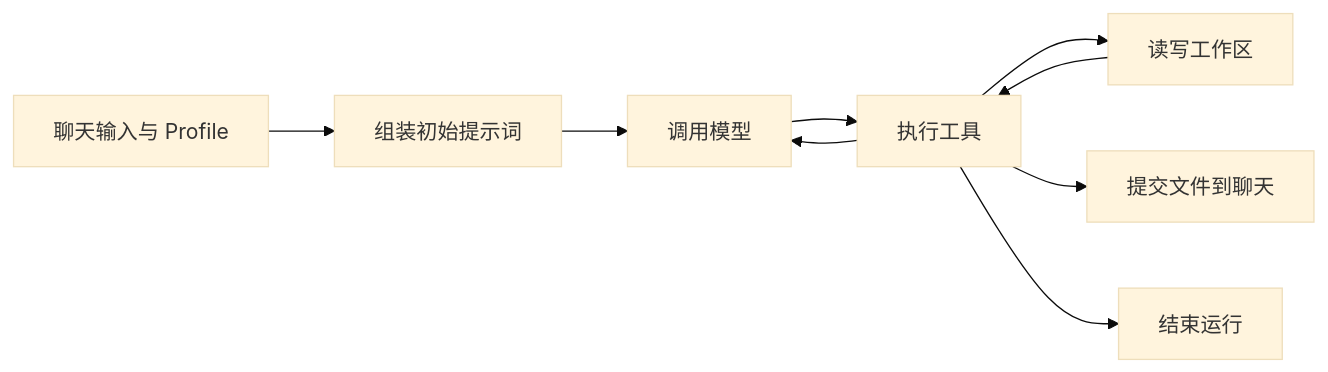
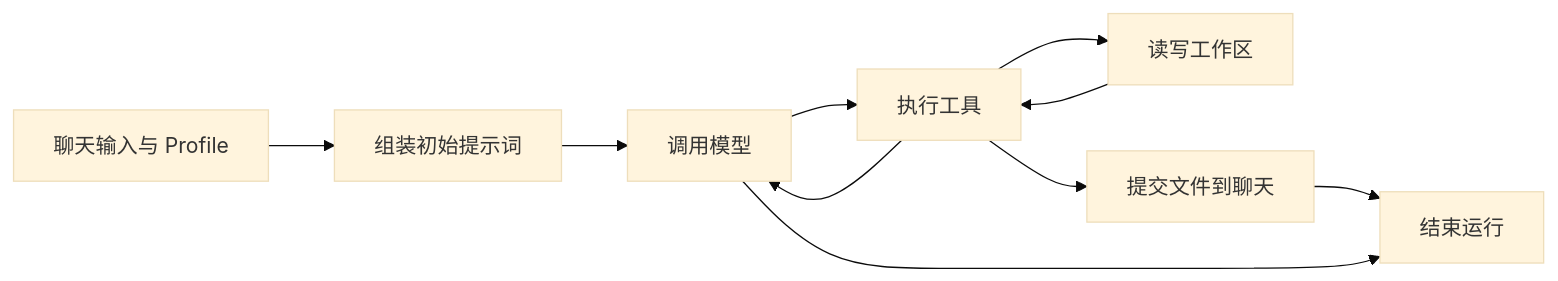
One commit to Darkatse/TauriTavern changed the diagram in docs/Agent/README.md. Above: the diagram before and after it, drawn with Mermaid (base theme). The commit also changed 67 other files, not shown here.

````diff
--- a/docs/Agent/README.md
+++ b/docs/Agent/README.md
@@ -19,11 +19,12 @@
 ```mermaid
 flowchart LR
     input[聊天输入与 Profile] --> prompt[组装初始提示词]
     prompt --> model[调用模型]
     model --> tools[执行工具]
     tools --> model
     tools --> files[读写工作区]
     files --> tools
     tools --> commit[提交文件到聊天]
-    tools --> finish[结束运行]
+    commit --> finish[结束运行]
+    model --> finish
 ```
````
